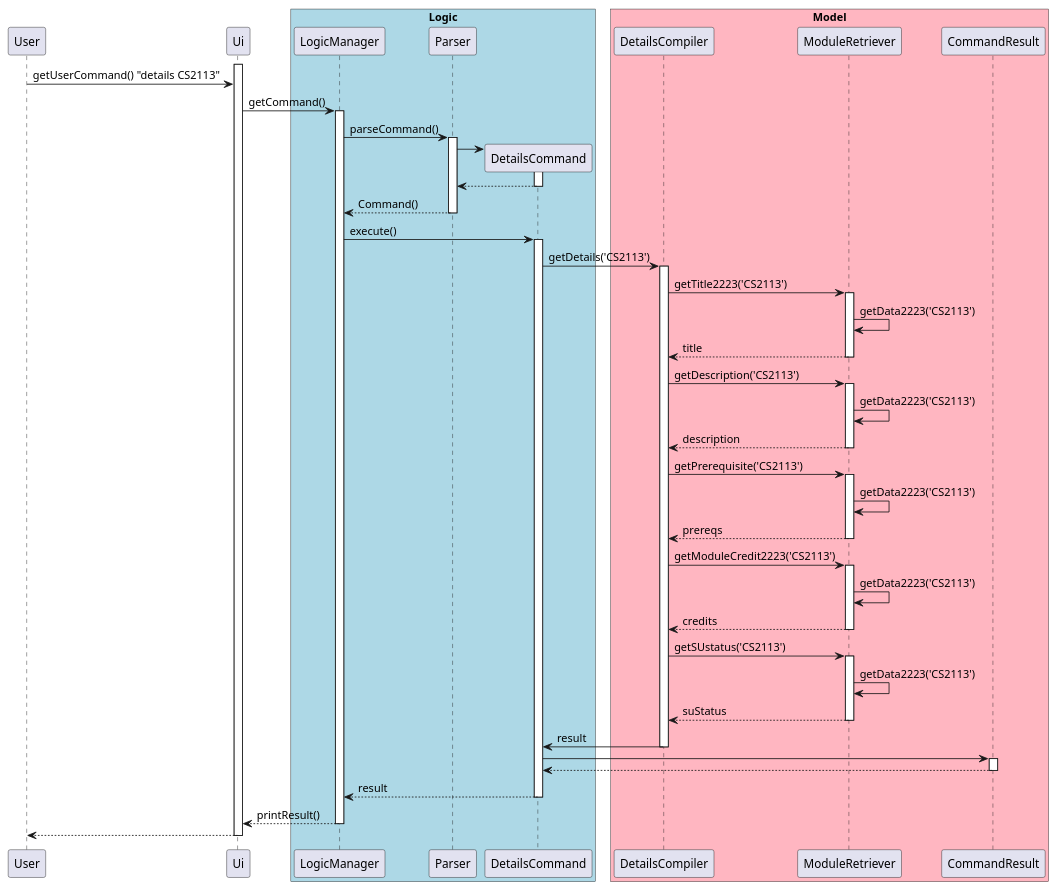
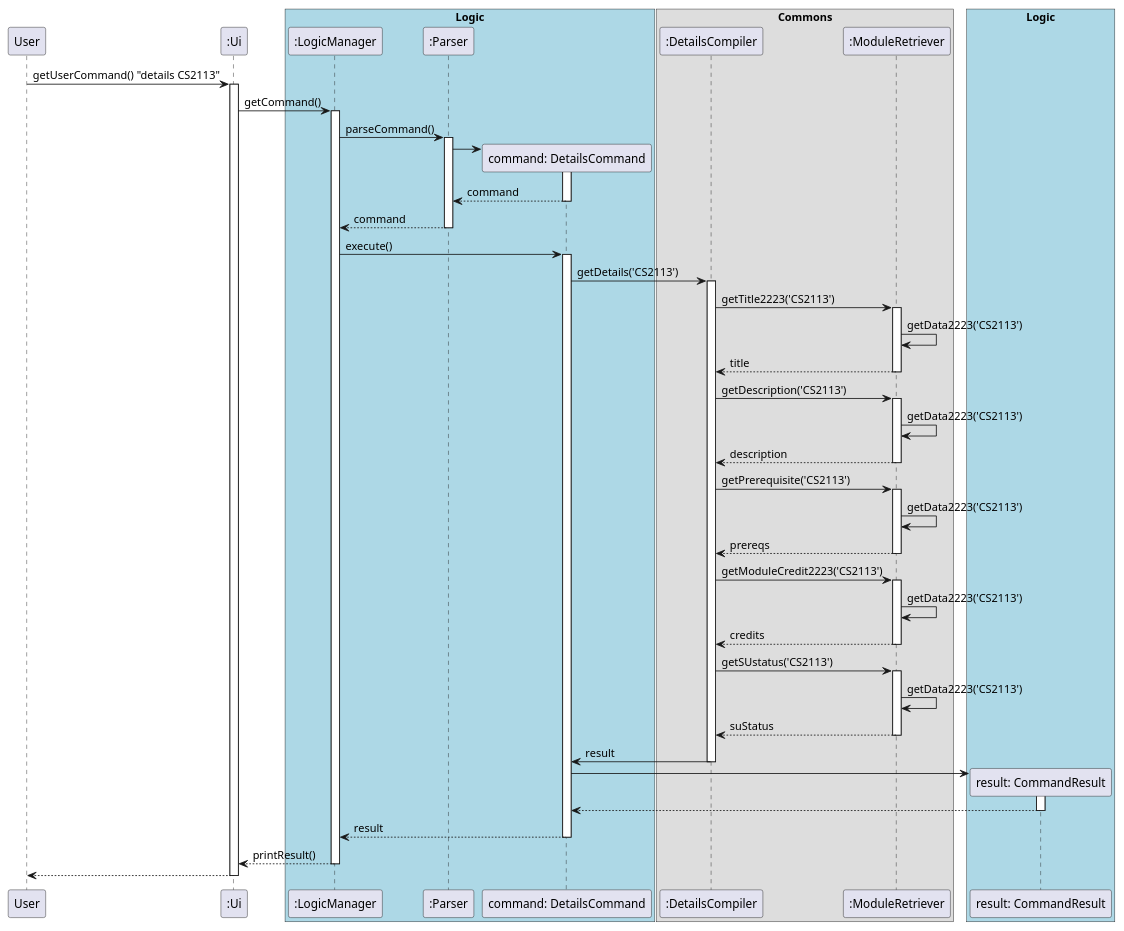
Before and after one commit to sriram-senthilkr/tp: the diagram in docs/uml/sourcecode/DetailsSequence.puml, drawn with PlantUML. The commit also changed 20 other files, not shown here.

Commit message:
Fix diagrams 1

```diff
--- a/docs/uml/sourcecode/DetailsSequence.puml
+++ b/docs/uml/sourcecode/DetailsSequence.puml
@@ -1,84 +1,102 @@
 @startuml
 participant User
+participant ":Ui" as Ui
 
+box "Logic" #LightBlue
+participant ":LogicManager" as LogicManager
+participant ":Parser" as Parser
+participant "command: DetailsCommand" as DetailsCommand
+box "Commons"
+participant ":DetailsCompiler" as DetailsCompiler
+participant ":ModuleRetriever" as ModuleRetriever
+end box
+participant "result: CommandResult" as CommandResult
+end box
+
+box "Model" #LightPink
+
+end box
+
+
+User -> Ui: getUserCommand() "details CS2113"
 activate Ui
-User -> Ui: getUserCommand() "details CS2113"
-box "Logic" #LightBlue
+
 Ui -> LogicManager: getCommand()
 activate LogicManager
 
 LogicManager -> Parser: parseCommand()
 activate Parser
 
 create DetailsCommand
 Parser -> DetailsCommand
 activate DetailsCommand
 
-DetailsCommand --> Parser:
+DetailsCommand --> Parser: command
 deactivate DetailsCommand
 
-Parser --> LogicManager: Command()
+Parser --> LogicManager: command
 deactivate Parser
 
 
 LogicManager -> DetailsCommand: execute()
 activate DetailsCommand
 
-end box
 
 
-box "Model" #LightPink
+
+
 
 DetailsCommand -> DetailsCompiler: getDetails('CS2113')
 activate DetailsCompiler
 
 DetailsCompiler -> ModuleRetriever: getTitle2223('CS2113')
 activate ModuleRetriever
 ModuleRetriever -> ModuleRetriever: getData2223('CS2113')
 ModuleRetriever --> DetailsCompiler: title
 deactivate ModuleRetriever
 
 DetailsCompiler -> ModuleRetriever: getDescription('CS2113')
 activate ModuleRetriever
 ModuleRetriever -> ModuleRetriever: getData2223('CS2113')
 ModuleRetriever --> DetailsCompiler: description
 deactivate ModuleRetriever
 
 
 DetailsCompiler -> ModuleRetriever: getPrerequisite('CS2113')
 activate ModuleRetriever
 ModuleRetriever -> ModuleRetriever: getData2223('CS2113')
 ModuleRetriever --> DetailsCompiler: prereqs
 deactivate ModuleRetriever
 
 
 DetailsCompiler -> ModuleRetriever: getModuleCredit2223('CS2113')
 activate ModuleRetriever
 ModuleRetriever -> ModuleRetriever: getData2223('CS2113')
 ModuleRetriever --> DetailsCompiler: credits
 deactivate ModuleRetriever
 
 DetailsCompiler -> ModuleRetriever: getSUstatus('CS2113')
 activate ModuleRetriever
 ModuleRetriever -> ModuleRetriever: getData2223('CS2113')
 ModuleRetriever --> DetailsCompiler: suStatus
 deactivate ModuleRetriever
 
 DetailsCompiler -> DetailsCommand: result
 deactivate DetailsCompiler
 
+create CommandResult
 DetailsCommand -> CommandResult
 activate CommandResult
 CommandResult --> DetailsCommand
 deactivate CommandResult
 
 DetailsCommand --> LogicManager: result
 deactivate DetailsCommand
 
 LogicManager --> Ui: printResult()
 deactivate LogicManager
 
 Ui --> User
 deactivate Ui
 
 @enduml
```
